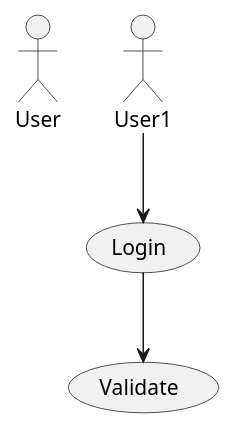
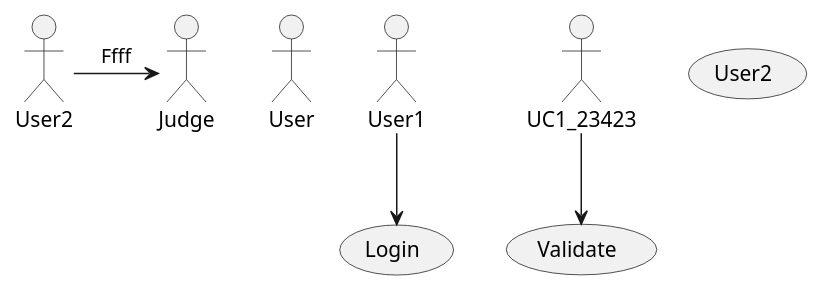
One commit to CheesePapa/-UML changed the diagram in Test.puml. Above: the diagram before and after it, drawn with PlantUML.

```diff
--- a/Test.puml
+++ b/Test.puml
@@ -1,8 +1,9 @@
 @startuml
 actor User
 usecase "Login" as UC1
-usecase "Validate" as UC2
-
+usecase "Validate" as UC2_34
+usecase "User2" as Unknown
 User1 --> UC1
-UC1 --> UC2
+UC1_23423 --> UC2_34
+User2->Judge: Ffff
 @enduml
```
